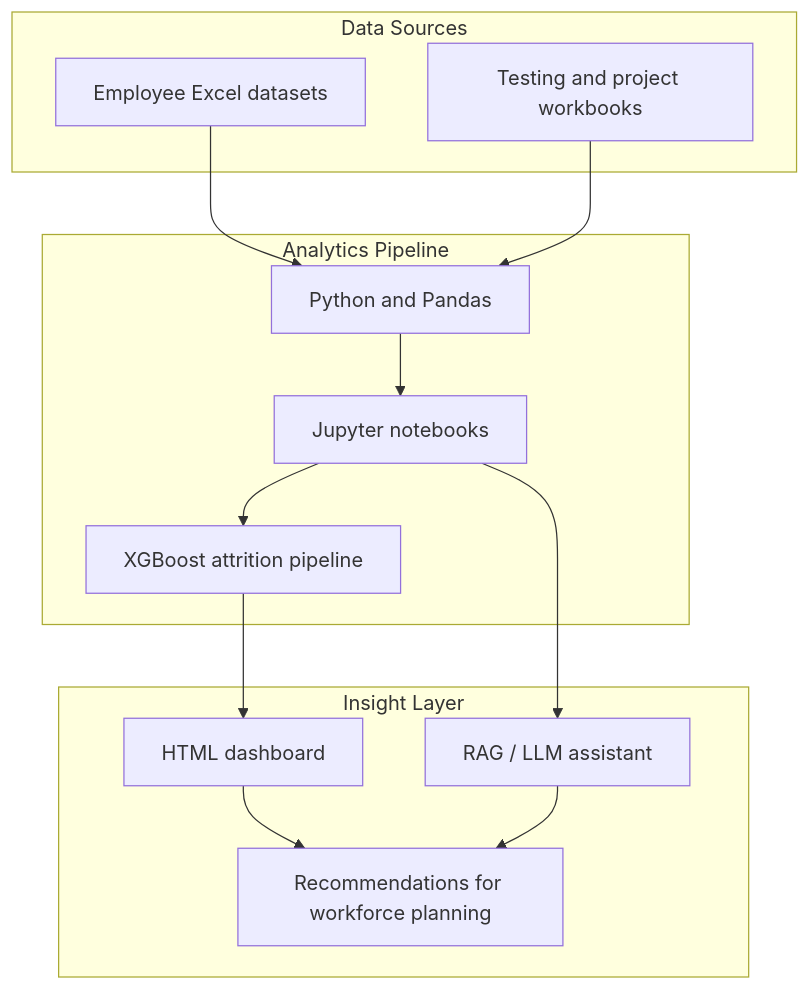
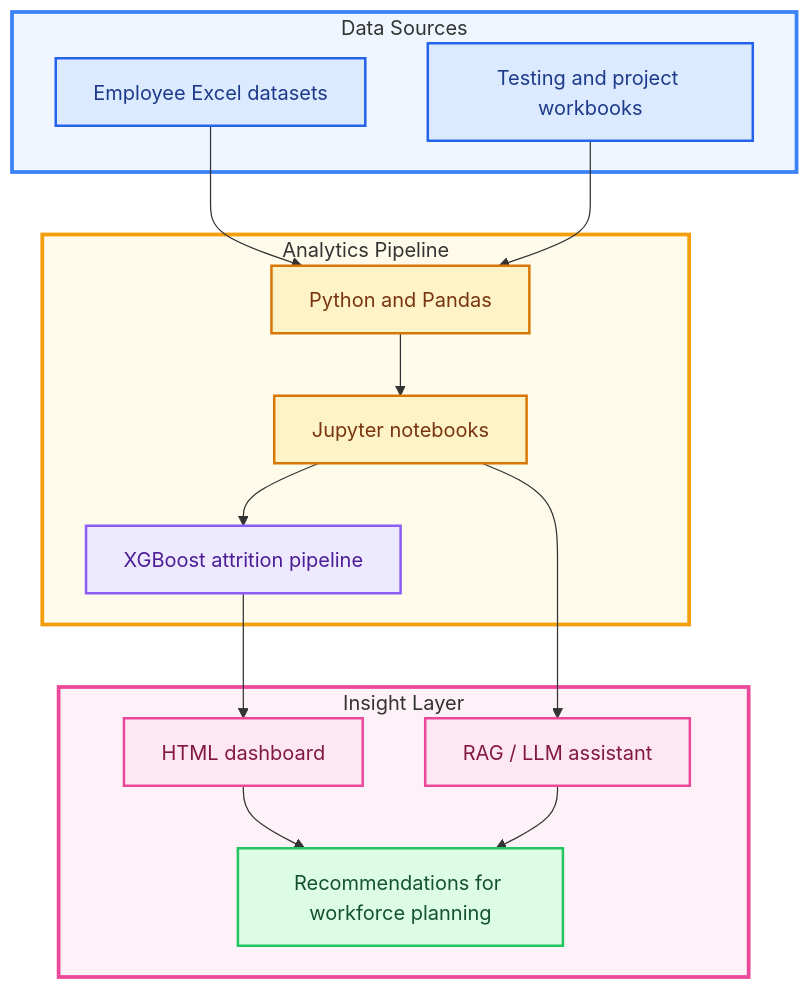
Before and after one commit to sanjay-22-bhargav/Creation-of-Workforce-Insights-Dashboard-for-Employee-Skill-and-Analytics: the second of 2 diagrams in README.md, drawn with Mermaid. The commit also changed other lines of this file, not shown here.

Commit message:
Add colorful Mermaid styling to workflow and architecture diagrams

````diff
--- a/README.md
+++ b/README.md
@@ -58,28 +70,44 @@
 ```mermaid
 flowchart TB
     subgraph Data[Data Sources]
         X[Employee Excel datasets]
         T[Testing and project workbooks]
     end
 
     subgraph Processing[Analytics Pipeline]
         P[Python and Pandas]
         N[Jupyter notebooks]
         M[XGBoost attrition pipeline]
     end
 
     subgraph Experience[Insight Layer]
         D[HTML dashboard]
         R[RAG / LLM assistant]
         S[Recommendations for workforce planning]
     end
 
     X --> P
     T --> P
     P --> N
     N --> M
     M --> D
     N --> R
     D --> S
     R --> S
+
+    classDef data fill:#DBEAFE,stroke:#2563EB,color:#1E3A8A,stroke-width:2px;
+    classDef processing fill:#FEF3C7,stroke:#D97706,color:#78350F,stroke-width:2px;
+    classDef ml fill:#EDE9FE,stroke:#8B5CF6,color:#4C1D95,stroke-width:2px;
+    classDef experience fill:#FCE7F3,stroke:#EC4899,color:#831843,stroke-width:2px;
+    classDef recommendation fill:#DCFCE7,stroke:#22C55E,color:#14532D,stroke-width:2px;
+
+    class X,T data;
+    class P,N processing;
+    class M ml;
+    class D,R experience;
+    class S recommendation;
+
+    style Data fill:#EFF6FF,stroke:#3B82F6,stroke-width:3px;
+    style Processing fill:#FFFBEB,stroke:#F59E0B,stroke-width:3px;
+    style Experience fill:#FDF2F8,stroke:#EC4899,stroke-width:3px;
 ```
````
